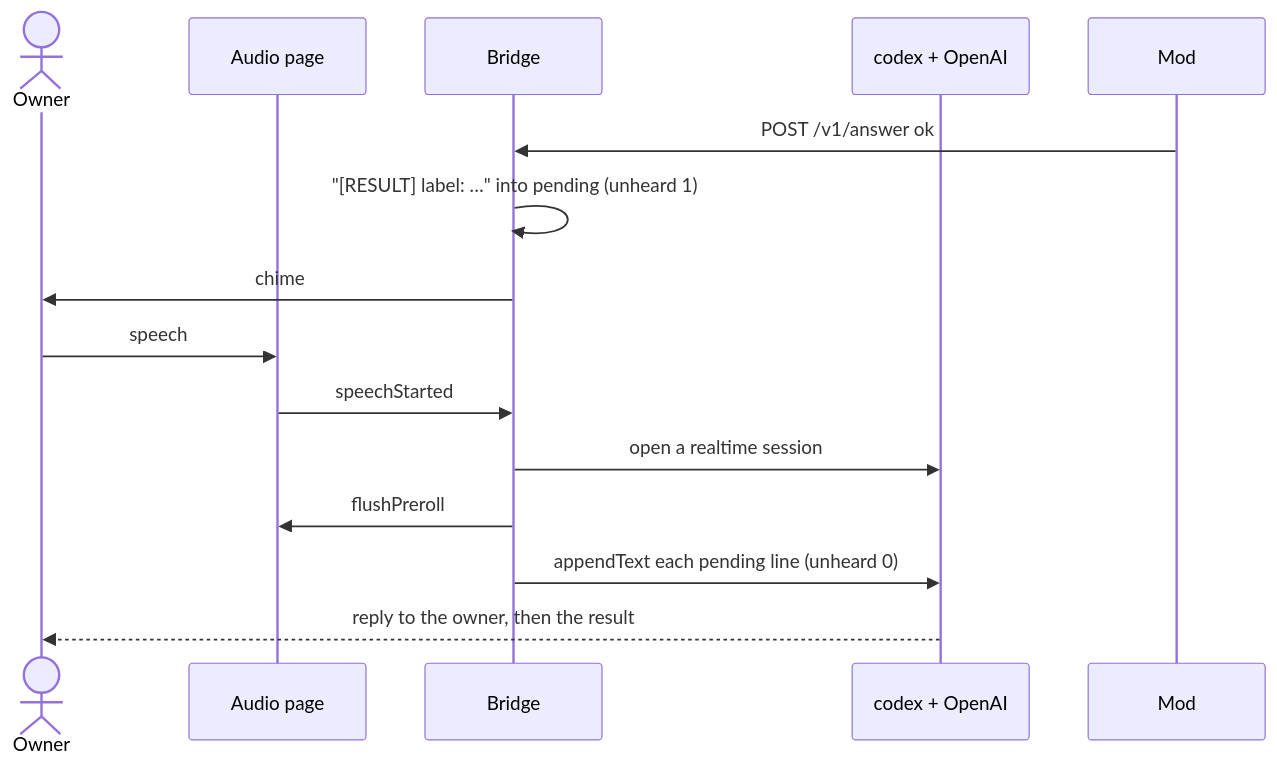
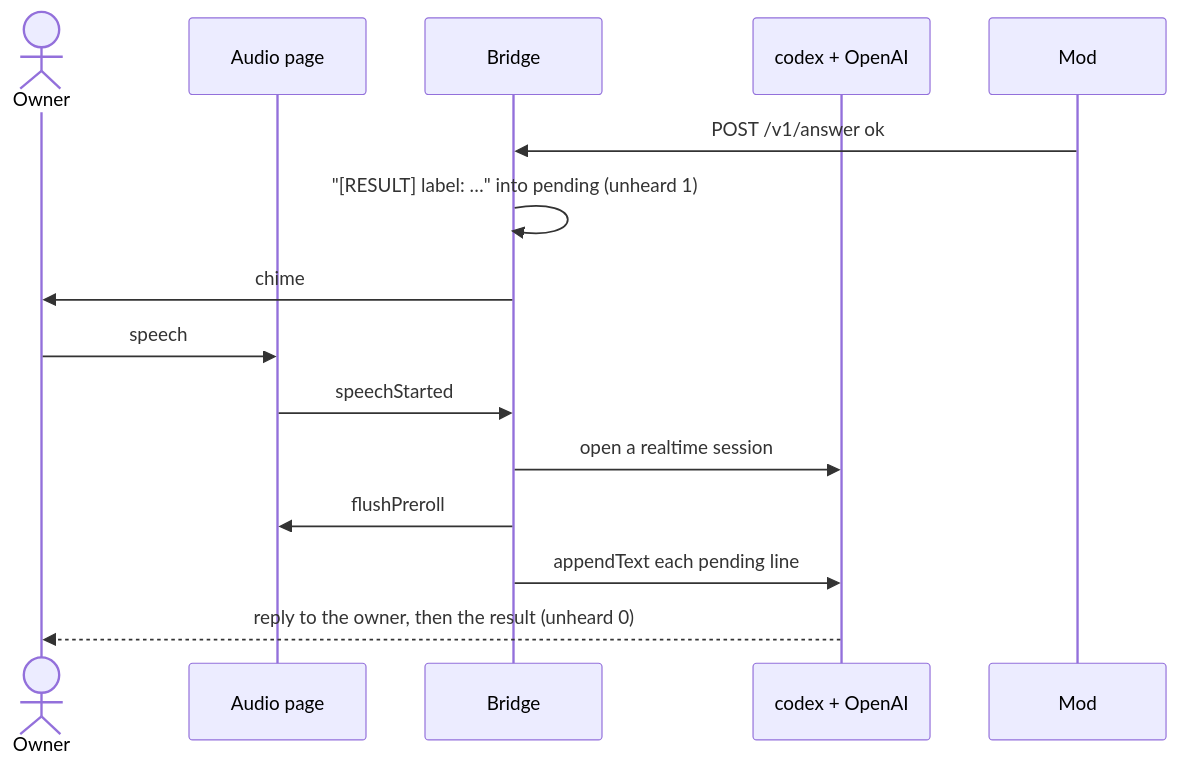
One commit to Nezhinskiy/claude-gpt-live-bridge changed the fourth of 7 diagrams in docs/architecture/overview.md. Above: the diagram before and after it, drawn with Mermaid. The commit also changed other lines of this file and 8 other files, not shown here.

````diff
--- a/docs/architecture/overview.md
+++ b/docs/architecture/overview.md
@@ -148,17 +148,17 @@
 ```mermaid
 sequenceDiagram
   actor Owner
   participant Page as Audio page
   participant Bridge
   participant Codex as codex + OpenAI
   participant Mod
   Mod->>Bridge: POST /v1/answer ok
   Bridge->>Bridge: "[RESULT] label: …" into pending (unheard 1)
   Bridge->>Owner: chime
   Owner->>Page: speech
   Page->>Bridge: speechStarted
   Bridge->>Codex: open a realtime session
   Bridge->>Page: flushPreroll
-  Bridge->>Codex: appendText each pending line (unheard 0)
-  Codex-->>Owner: reply to the owner, then the result
+  Bridge->>Codex: appendText each pending line
+  Codex-->>Owner: reply to the owner, then the result (unheard 0)
 ```
````
